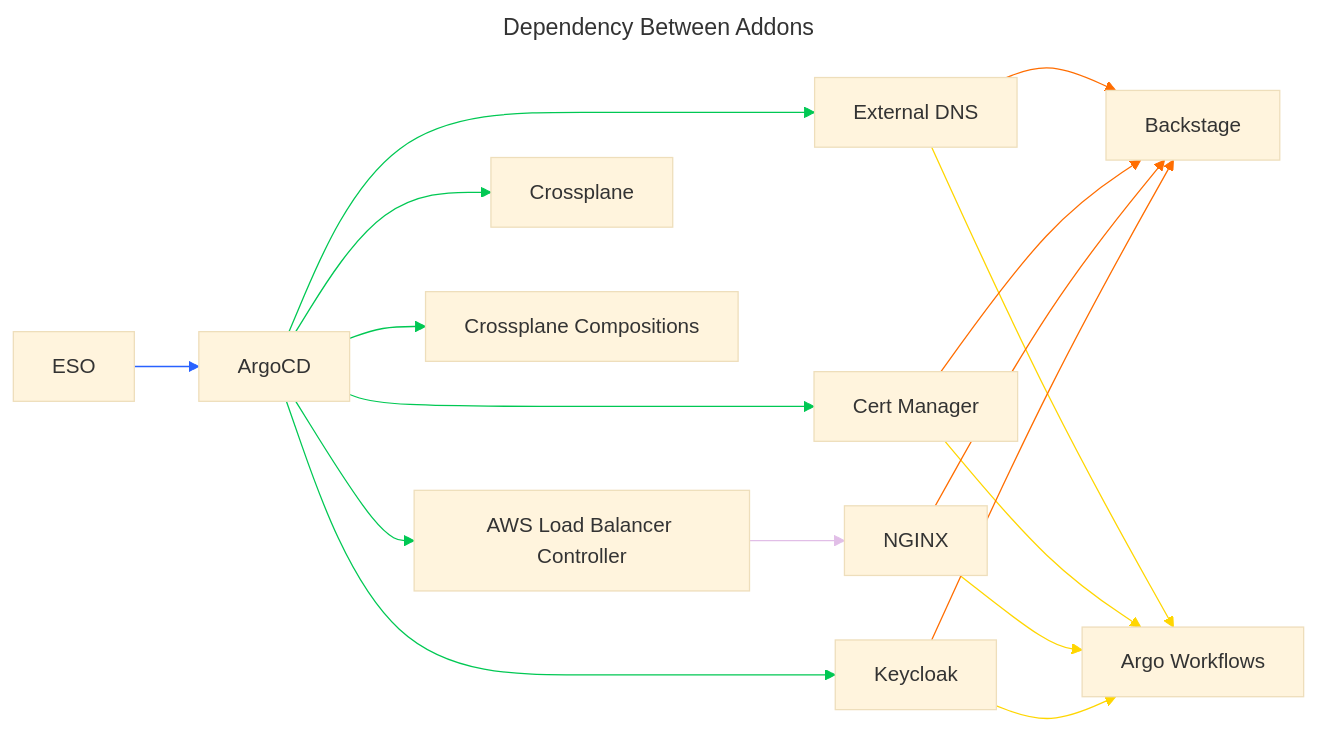
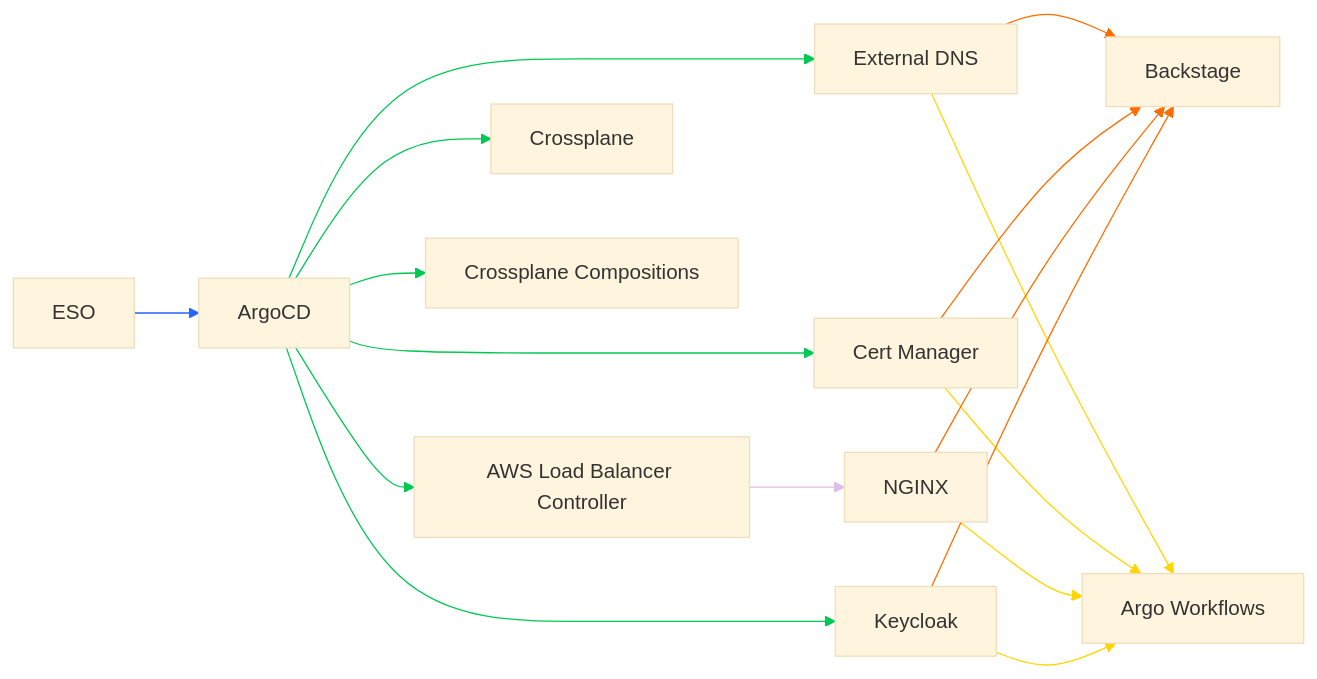
The diagram in docs/installation_flow.md (cnoe-io/reference-implementation-aws), drawn with Mermaid (base theme) before and after one commit. The commit also changed 3 other files, not shown here.

````diff
--- a/docs/installation_flow.md
+++ b/docs/installation_flow.md
@@ -40,31 +40,27 @@
    ```mermaid
-      ---
-      title: Dependency Between Addons
-      ---
-
       flowchart LR
          ESO["ESO"] --> ArgoCD["ArgoCD"]
          ArgoCD --> AWSLB["AWS Load Balancer Controller"] & ExternalDNS["External DNS"] & CertManager["Cert Manager"] & Crossplane["Crossplane"] & CrossplaneComp["Crossplane Compositions"] & Keycloak["Keycloak"]
          AWSLB --> NGINX["NGINX"]
          ExternalDNS --> Backstage["Backstage"] & ArgoWorkflows["Argo Workflows"]
          CertManager --> Backstage & ArgoWorkflows
          NGINX --> Backstage & ArgoWorkflows
          Keycloak --> Backstage & ArgoWorkflows
 
          linkStyle 0 stroke:#2962FF
          linkStyle 1 stroke:#00C853,fill:none
          linkStyle 2 stroke:#00C853,fill:none
          linkStyle 3 stroke:#00C853,fill:none
          linkStyle 4 stroke:#00C853,fill:none
          linkStyle 5 stroke:#00C853,fill:none
          linkStyle 6 stroke:#00C853,fill:none
          linkStyle 7 stroke:#E1BEE7,fill:none
          linkStyle 8 stroke:#FF6D00,fill:none
          linkStyle 9 stroke:#FFD600,fill:none
          linkStyle 10 stroke:#FF6D00,fill:none
          linkStyle 11 stroke:#FFD600,fill:none
          linkStyle 12 stroke:#FF6D00,fill:none
          linkStyle 13 stroke:#FFD600,fill:none
          linkStyle 14 stroke:#FF6D00,fill:none
          linkStyle 15 stroke:#FFD600,fill:none
    ```
````
